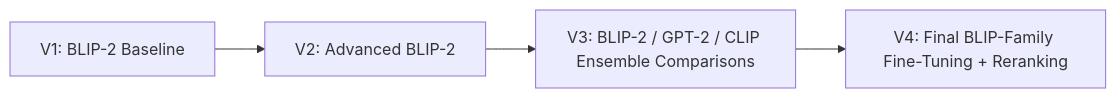
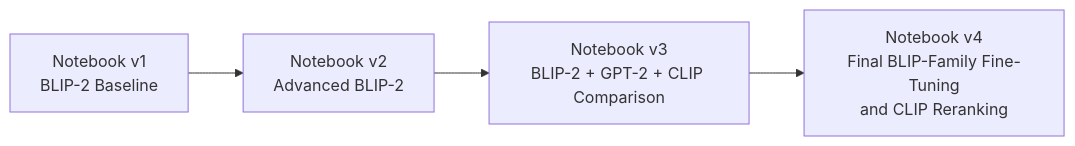
Before and after one commit to giraydorukyurt7/IMAGE_CAPTIONING_Combining_NLP_With_CV: the second of 2 diagrams in README.md, drawn with Mermaid. The commit also changed other lines of this file, not shown here.

````diff
--- a/README.md
+++ b/README.md
@@ -159,9 +159,10 @@
 ```mermaid
+%%{init: {'flowchart': {'htmlLabels': true, 'nodeSpacing': 40, 'rankSpacing': 55}} }%%
 flowchart LR
-    V1[V1: BLIP-2 Baseline]
-    V2[V2: Advanced BLIP-2]
-    V3[V3: BLIP-2 / GPT-2 / CLIP Ensemble Comparisons]
-    V4[V4: Final BLIP-Family Fine-Tuning + Reranking]
+    V1[Notebook v1<br/>BLIP-2 Baseline]
+    V2[Notebook v2<br/>Advanced BLIP-2]
+    V3[Notebook v3<br/>BLIP-2 + GPT-2 + CLIP Comparison]
+    V4[Notebook v4<br/>Final BLIP-Family Fine-Tuning<br/>and CLIP Reranking]
 
     V1 --> V2 --> V3 --> V4
 ```
````
